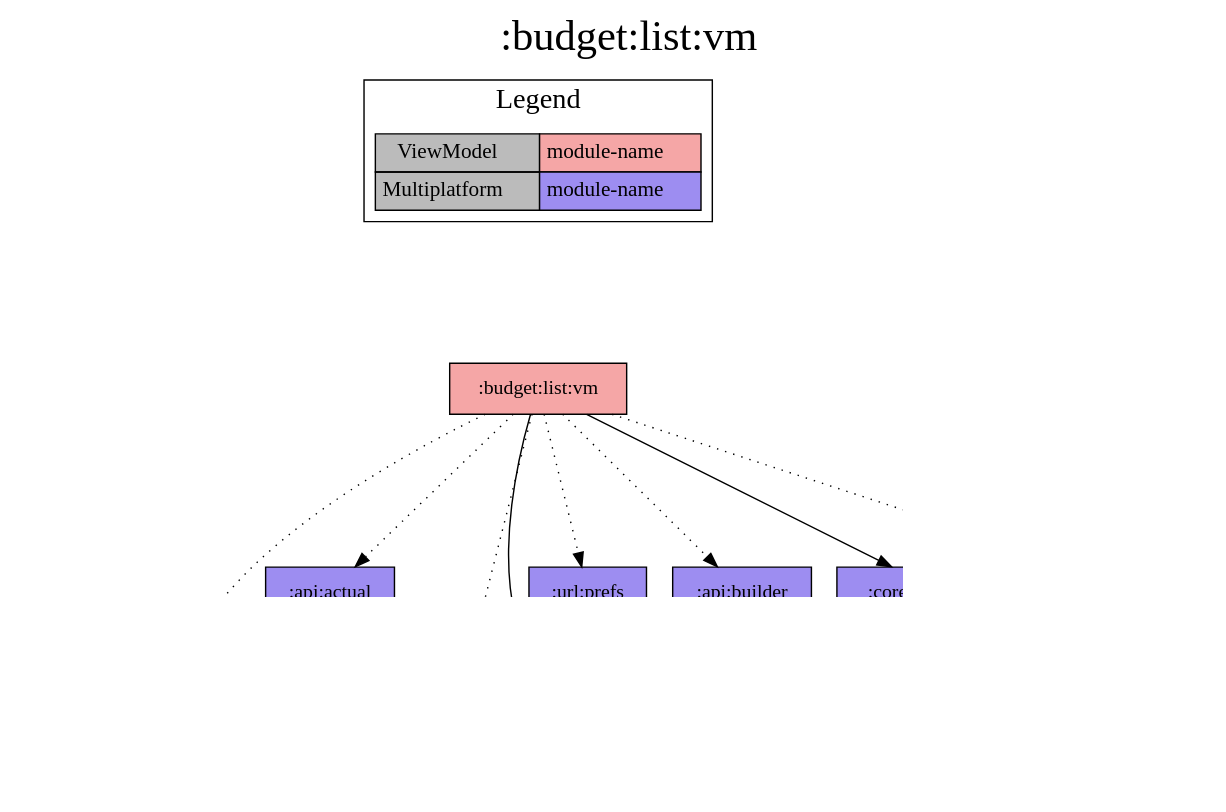
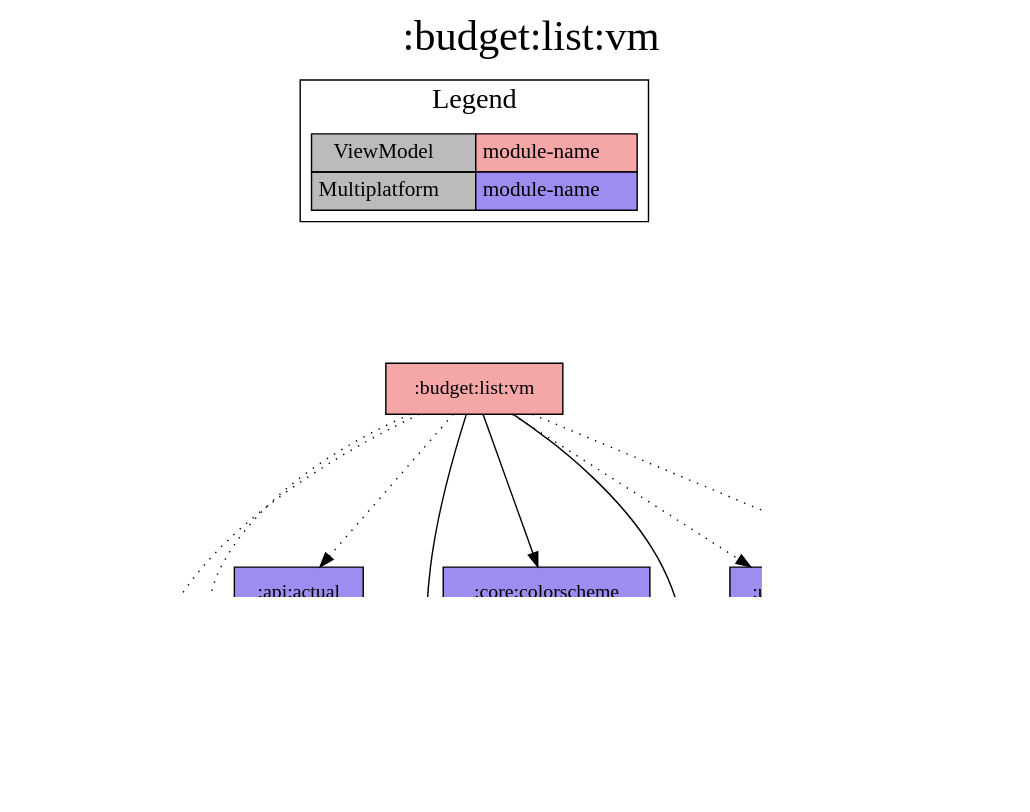
The diagram in modules/budget/list/vm/project-dependency-graph.dot (jonapoul/aktual), drawn with Graphviz before and after one commit. The commit also changed 78 other files, not shown here.

```diff
--- a/modules/budget/list/vm/project-dependency-graph.dot
+++ b/modules/budget/list/vm/project-dependency-graph.dot
@@ -1,45 +1,43 @@
 digraph {
 edge ["dir"="forward"]
 graph ["dpi"="100","label"=":budget:list:vm","labelloc"="t","fontsize"="30","ranksep"="1.5","rankdir"="TB"]
 node ["style"="filled"]
 ":account:model" ["fillcolor"="#9D8DF1","shape"="box"]
 ":api:actual" ["fillcolor"="#9D8DF1","shape"="box"]
-":api:builder" ["fillcolor"="#9D8DF1","shape"="box"]
 ":api:core" ["fillcolor"="#9D8DF1","shape"="box"]
 ":budget:list:vm" ["fillcolor"="#F5A6A6","shape"="box"]
 ":budget:model" ["fillcolor"="#9D8DF1","shape"="box"]
 ":core:buildconfig" ["fillcolor"="#9D8DF1","shape"="box"]
 ":core:colorscheme" ["fillcolor"="#9D8DF1","shape"="box"]
 ":core:versions" ["fillcolor"="#9D8DF1","shape"="box"]
 ":url:model" ["fillcolor"="#9D8DF1","shape"="box"]
 ":url:prefs" ["fillcolor"="#9D8DF1","shape"="box"]
 {
 edge ["dir"="none"]
 graph ["rank"="same"]
 }
 ":api:actual" -> ":account:model"
-":api:actual" -> ":api:core"
+":api:actual" -> ":api:core" ["style"="dotted"]
 ":api:actual" -> ":budget:model"
 ":api:actual" -> ":url:model"
-":api:builder" -> ":url:model"
 ":budget:list:vm" -> ":account:model" ["style"="dotted"]
 ":budget:list:vm" -> ":api:actual" ["style"="dotted"]
-":budget:list:vm" -> ":api:builder" ["style"="dotted"]
-":budget:list:vm" -> ":budget:model" ["style"="dotted"]
+":budget:list:vm" -> ":api:core" ["style"="dotted"]
+":budget:list:vm" -> ":budget:model"
 ":budget:list:vm" -> ":core:colorscheme"
 ":budget:list:vm" -> ":core:versions" ["style"="dotted"]
 ":budget:list:vm" -> ":url:model"
 ":budget:list:vm" -> ":url:prefs" ["style"="dotted"]
 ":core:versions" -> ":core:buildconfig"
 ":url:prefs" -> ":url:model"
 subgraph "cluster_legend" {
 edge ["dir"="none"]
 graph ["label"="Legend","fontsize"="20"]
 "Legend" ["style"="filled","fillcolor"="#bbbbbb","shape"="none","margin"="0","fontsize"="15","label"=<
 <TABLE BORDER="0" CELLBORDER="1" CELLSPACING="0" CELLPADDING="4">
 <TR><TD>ViewModel</TD><TD BGCOLOR="#F5A6A6">module-name</TD></TR>
 <TR><TD>Multiplatform</TD><TD BGCOLOR="#9D8DF1">module-name</TD></TR>
 </TABLE>
 >]
 } -> ":budget:list:vm" ["style"="invis"]
 }
```
